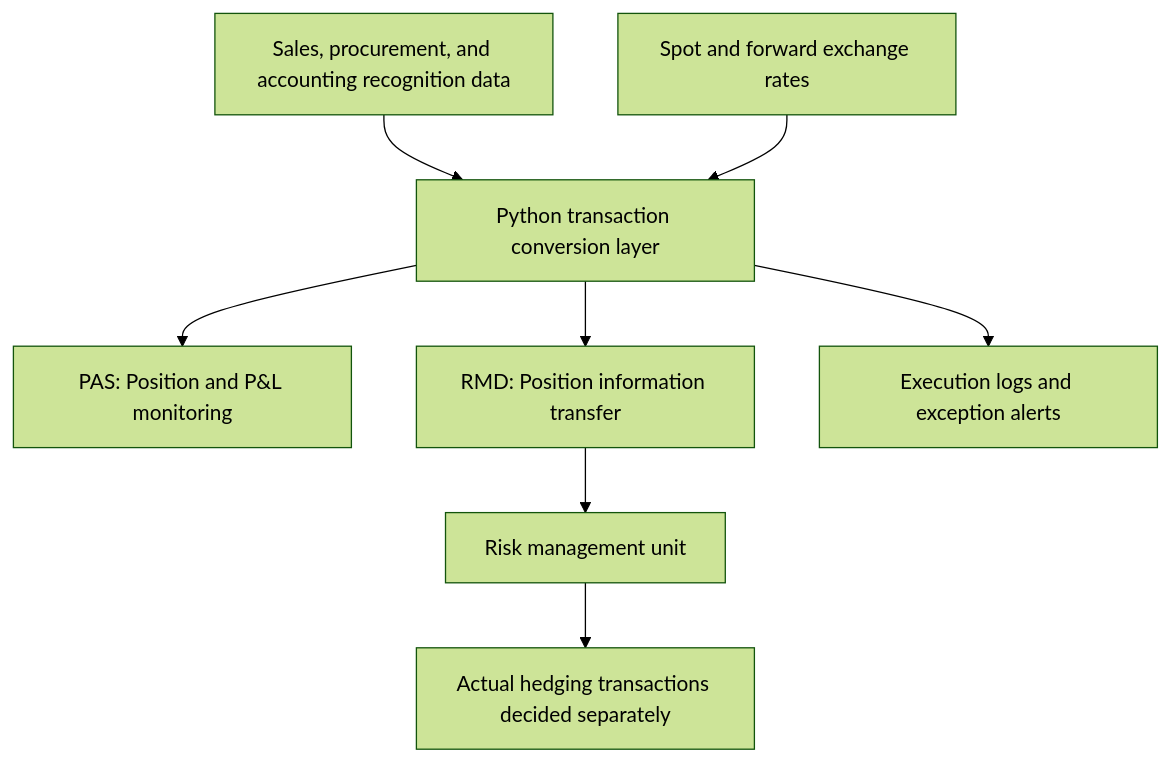
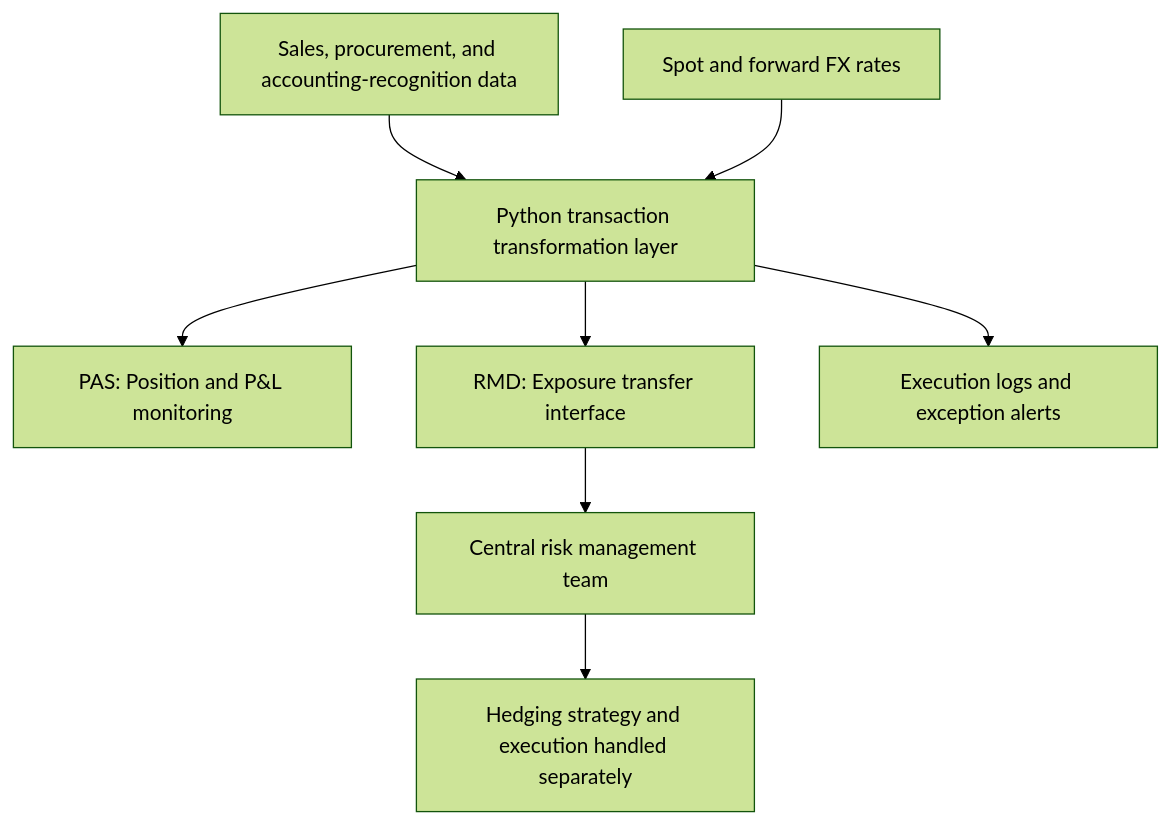
Before and after one commit to ChienChienChien/FX_Hedging_Automation: the diagram in README.md, drawn with Mermaid (forest theme). The commit also changed other lines of this file, not shown here.

````diff
--- a/README.md
+++ b/README.md
@@ -50,12 +50,12 @@
 ```mermaid
 flowchart TB
-    A["Sales, procurement, and accounting recognition data"] --> D["Python transaction conversion layer"]
-    B["Spot and forward exchange rates"] --> D
+    A["Sales, procurement, and accounting-recognition data"] --> D["Python transaction transformation layer"]
+    B["Spot and forward FX rates"] --> D
 
     D --> E["PAS: Position and P&L monitoring"]
-    D --> F["RMD: Position information transfer"]
+    D --> F["RMD: Exposure transfer interface"]
     D --> G["Execution logs and exception alerts"]
 
-    F --> H["Risk management unit"]
-    H --> I["Actual hedging transactions decided separately"]
+    F --> H["Central risk management team"]
+    H --> I["Hedging strategy and execution handled separately"]
 ```
````
